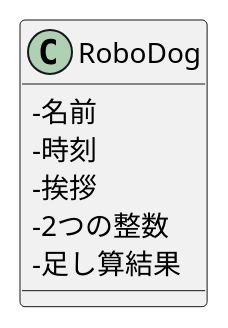
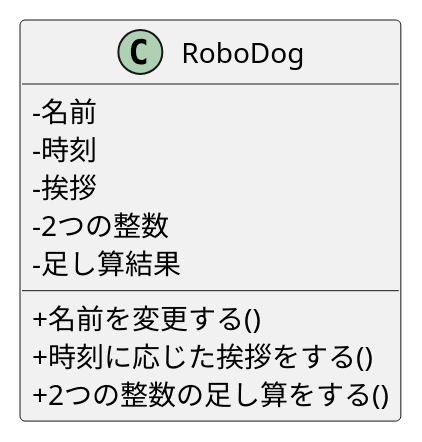
The diagram in 06_robo_dog/class.pu (ko246/ohara_uml), drawn with PlantUML before and after one commit.

Commit message:
RoboDogクラス図変更

```diff
--- a/06_robo_dog/class.pu
+++ b/06_robo_dog/class.pu
@@ -1,13 +1,17 @@
 @startuml class
 skinparam classAttributeIconSize 0
 class RoboDog {
-
+    '属性
     -名前 
     -時刻
     -挨拶
     -2つの整数
     -足し算結果
 
+    '操作
+    +名前を変更する()
+    +時刻に応じた挨拶をする()
+    +2つの整数の足し算をする()
 }
 
 @enduml
```
